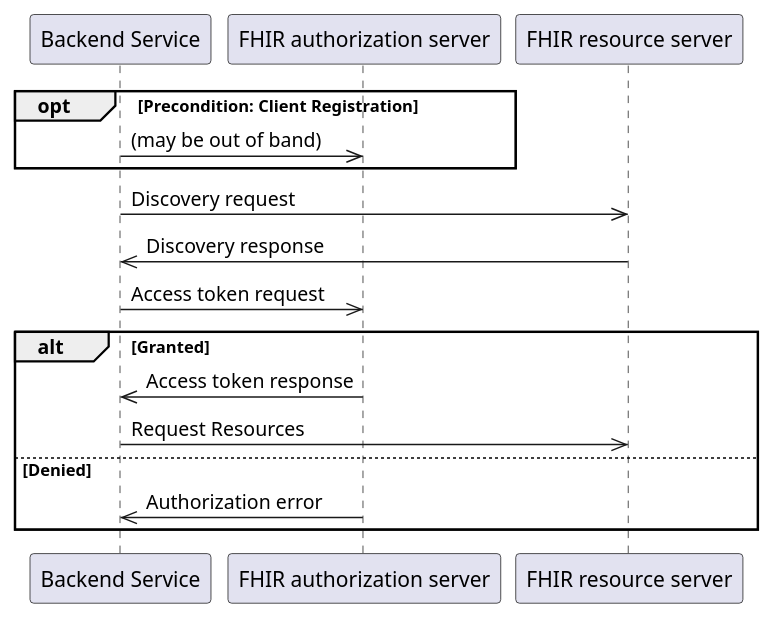
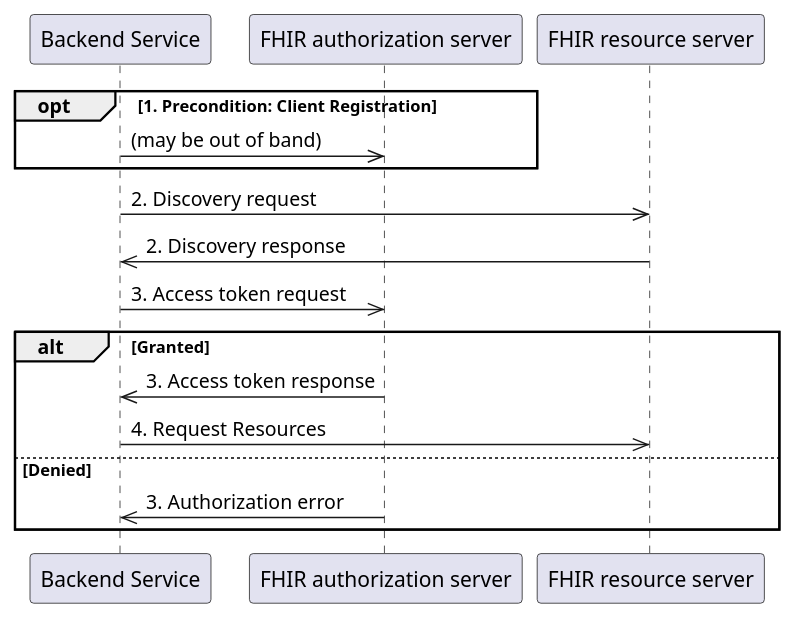
The diagram in input/images-source/overview-backend-services.plantuml (HL7/smart-app-launch), drawn with PlantUML before and after one commit. The commit also changed 1 other file, not shown here.

```diff
--- a/input/images-source/overview-backend-services.plantuml
+++ b/input/images-source/overview-backend-services.plantuml
@@ -1,18 +1,18 @@
 @startuml
 participant App as "Backend Service"
 participant "FHIR authorization server" as EHR
 participant "FHIR resource server" as FHIR
 
-opt  Precondition: Client Registration
+opt  1. Precondition: Client Registration
     App ->> EHR: (may be out of band)
 end
-App ->> FHIR: Discovery request
-FHIR ->> App: Discovery response
-App ->> EHR: Access token request
+App ->> FHIR: 2. Discovery request
+FHIR ->> App: 2. Discovery response
+App ->> EHR: 3. Access token request
 alt Granted
-    EHR ->> App: Access token response
-    App ->> FHIR: Request Resources
+    EHR ->> App: 3. Access token response
+    App ->> FHIR: 4. Request Resources
 else Denied
-    EHR ->> App: Authorization error
+    EHR ->> App: 3. Authorization error
 end
 @enduml
```
